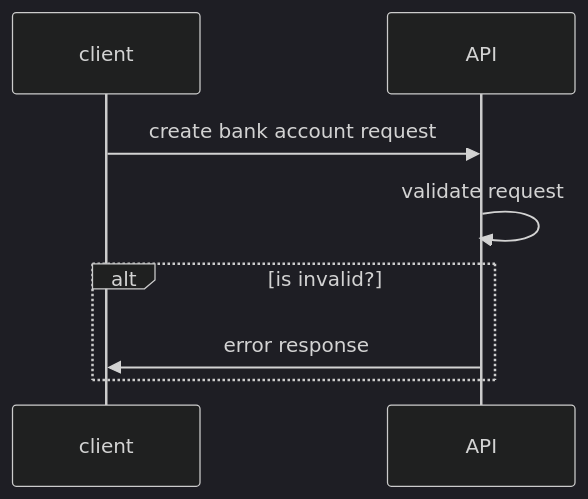
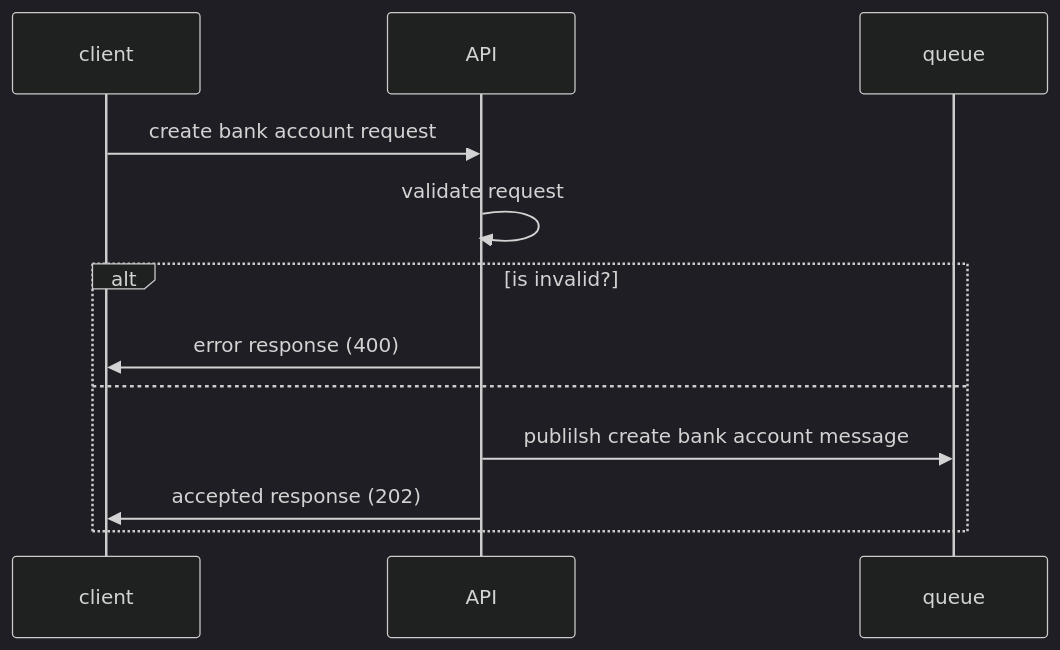
The diagram in README.md (Cheranga/Demo.Bank.Accounts), drawn with Mermaid (dark theme) before and after one commit.

Commit message:
sequence diagram

````diff
--- a/README.md
+++ b/README.md
@@ -15,8 +15,11 @@
 ```mermaid
 sequenceDiagram
     client->>API: create bank account request
     API->>API: validate request
     alt is invalid?
-        API ->>client: error response
+        API->>client: error response (400)
+    else
+        API->>queue: publilsh create bank account message
+        API->>client: accepted response (202)
     end
 ```
````
